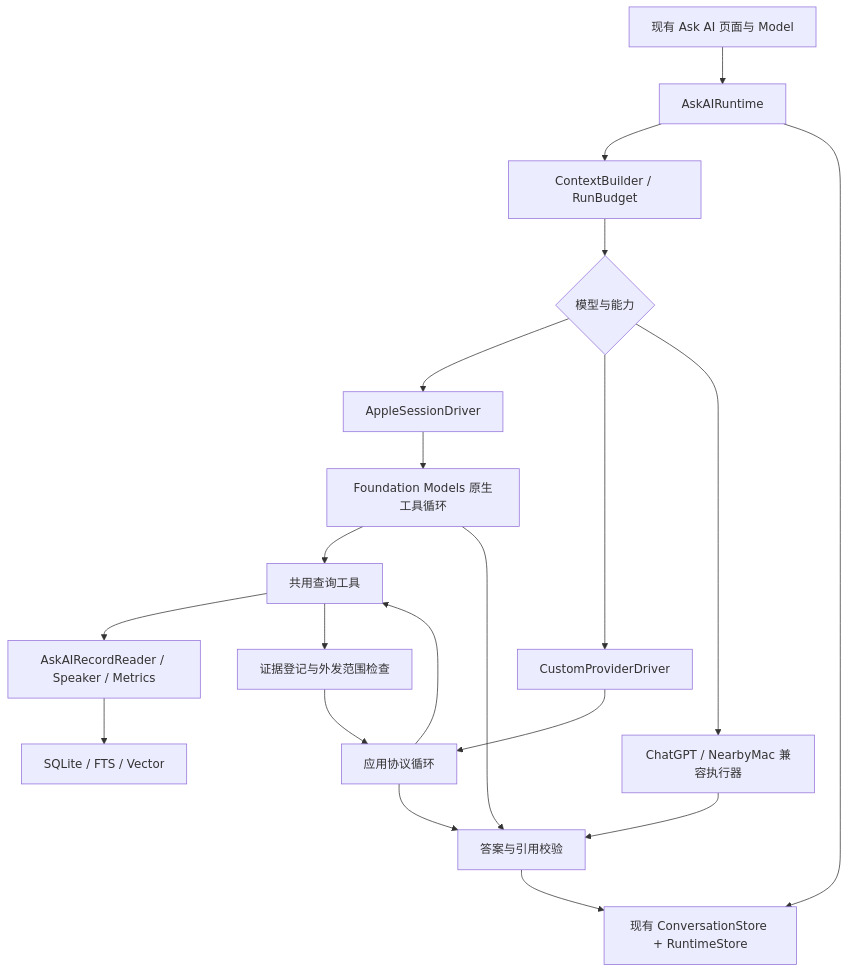
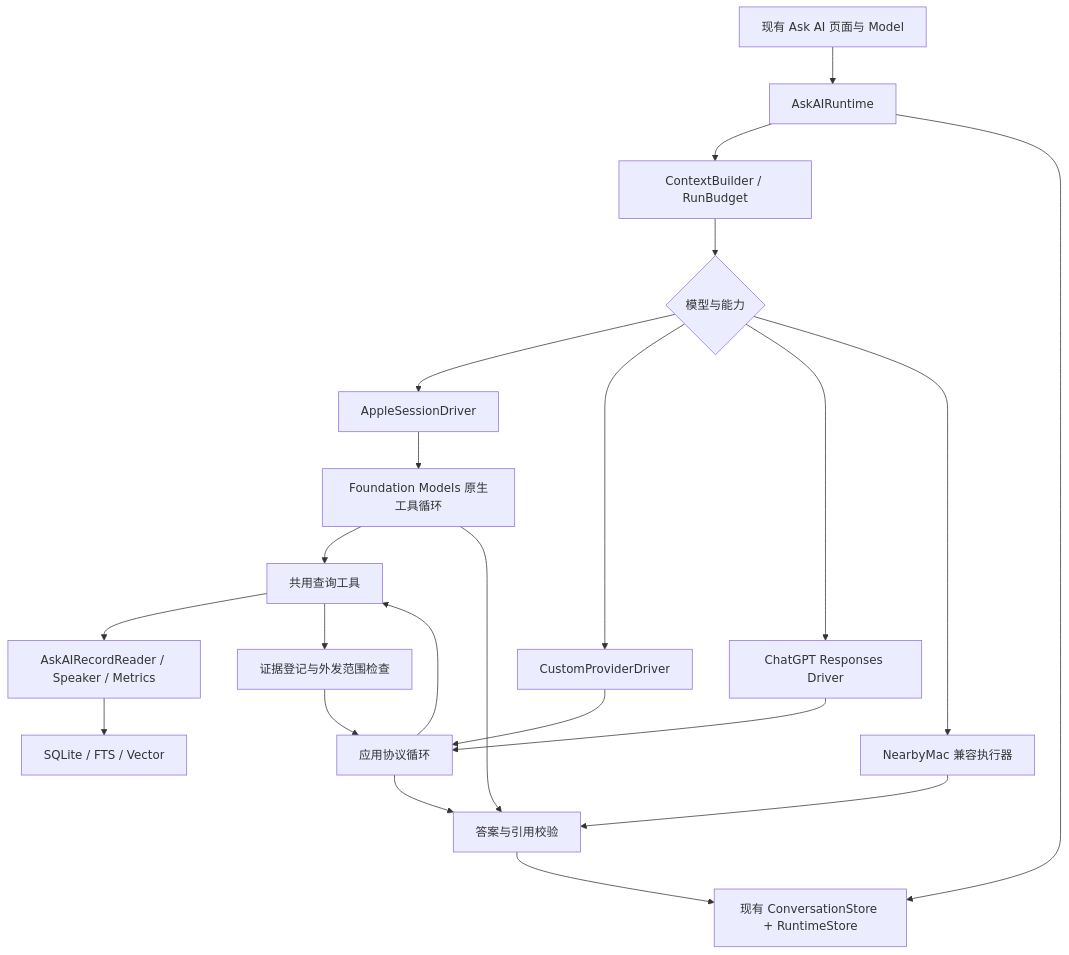
The second of 3 diagrams in apps/wrist-notes/docs/ask-ai-session-orchestration.md (brightman/EurekaLife), drawn with Mermaid before and after one commit. The commit also changed other lines of this file and 30 other files, not shown here.

Commit message:
feat: enable ChatGPT plan usage and agent tools

````diff
--- a/apps/wrist-notes/docs/ask-ai-session-orchestration.md
+++ b/apps/wrist-notes/docs/ask-ai-session-orchestration.md
@@ -161,22 +167,24 @@
 ```mermaid
 flowchart TD
     UI[现有 Ask AI 页面与 Model] --> RT[AskAIRuntime]
     RT --> CT[ContextBuilder / RunBudget]
     RT --> HS[现有 ConversationStore + RuntimeStore]
     CT --> SELECT{模型与能力}
     SELECT --> AP[AppleSessionDriver]
     SELECT --> CP[CustomProviderDriver]
-    SELECT --> LEG[ChatGPT / NearbyMac 兼容执行器]
+    SELECT --> CG[ChatGPT Responses Driver]
+    SELECT --> LEG[NearbyMac 兼容执行器]
     AP --> FM[Foundation Models 原生工具循环]
     CP --> LOOP[应用协议循环]
+    CG --> LOOP
     FM --> TOOLS[共用查询工具]
     LOOP --> TOOLS
     TOOLS --> READ[AskAIRecordReader / Speaker / Metrics]
     READ --> DATA[SQLite / FTS / Vector]
     TOOLS --> CONSENT[证据登记与外发范围检查]
     CONSENT --> LOOP
     FM --> VALID[答案与引用校验]
     LOOP --> VALID
     LEG --> VALID
     VALID --> HS
 ```
````
